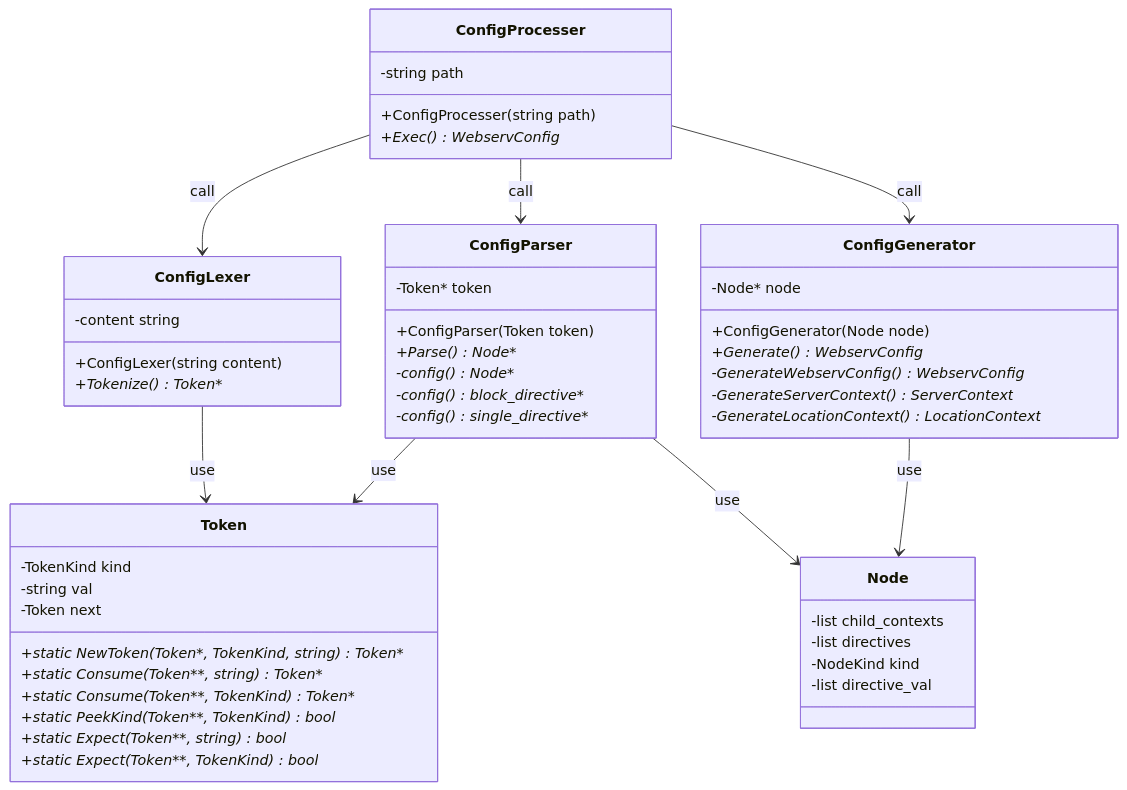
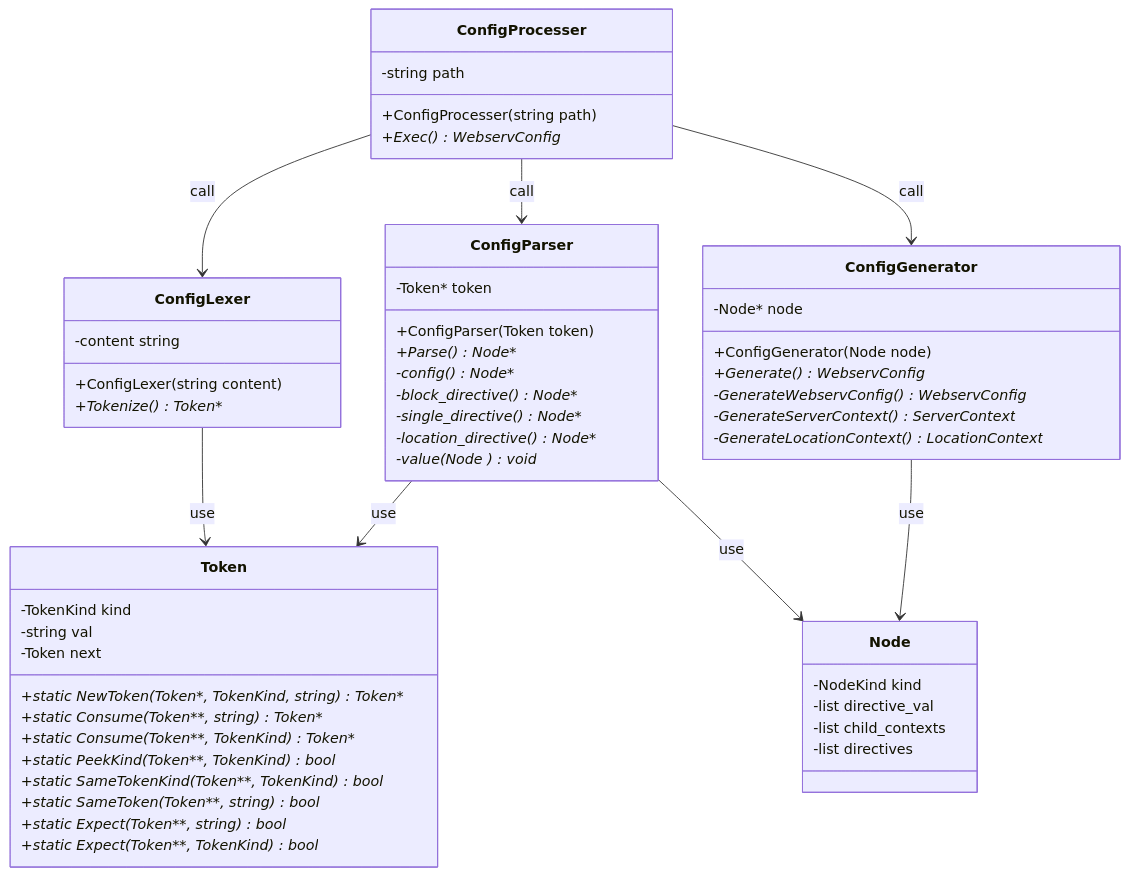
One commit to katataku/webserv changed the diagram in docs/class/config_parser_class.md. Above: the diagram before and after it, drawn with Mermaid. The commit also changed other lines of this file, not shown here.

Commit message:
fix: 擬似コード以外のドキュメントを更新

````diff
--- a/docs/class/config_parser_class.md
+++ b/docs/class/config_parser_class.md
@@ -1,65 +1,69 @@
 ```mermaid
 classDiagram
     ConfigProcesser --> ConfigLexer : call
     ConfigProcesser --> ConfigParser : call
     ConfigProcesser --> ConfigGenerator : call
     ConfigLexer --> Token : use
     ConfigParser --> Token : use
     ConfigParser --> Node : use
     ConfigGenerator --> Node : use
 
     %% configファイルを解釈してWebservConfigを作成するところまでを担当 %%
     class ConfigProcesser {
       +ConfigProcesser(string path)
       +Exec()* WebservConfig
       -string path
     }
 
     %% configファイルの内容を字句解析するところまでを担当 %%
     class ConfigLexer {
       +ConfigLexer(string content)
       +Tokenize()* Token*
       -content string
     }
 
     %% 軸解析後のトークンを構文解析するところまでを担当 %%
     class ConfigParser {
       +ConfigParser(Token token)
       +Parse()* Node*
       -config()* Node*
-      -config()* block_directive*
-      -config()* single_directive*
+      -block_directive()* Node*
+      -single_directive()* Node*
+      -location_directive()* Node*
+      -value(Node *)* void*
       -Token* token
     }
 
     %% 構文解析後のノードを元にWebservConfigを作成するところまでを担当 %%
     class ConfigGenerator {
       +ConfigGenerator(Node node)
       +Generate()* WebservConfig
       -GenerateWebservConfig()* WebservConfig
       -GenerateServerContext()* ServerContext
       -GenerateLocationContext()* LocationContext
       -Node* node
     }
 
     %% 字句解析後のトークンを表すクラス %%
     class Token {
         +static NewToken(Token*, TokenKind, string)* Token*
         +static Consume(Token**, string)* Token*
         +static Consume(Token**, TokenKind)* Token*
         +static PeekKind(Token**, TokenKind)* bool
+        +static SameTokenKind(Token**, TokenKind)* bool
+        +static SameToken(Token**, string)* bool
         +static Expect(Token**, string)* bool
         +static Expect(Token**, TokenKind)* bool
         -TokenKind kind
         -string    val
         -Token     next
     }
 
     %% 構文解析後のノードを表すクラス %%
     class Node {
+      -NodeKind     kind
+      -list<string> directive_val
       -list<Node>   child_contexts
       -list<Node>   directives
-      -NodeKind     kind
-      -list<string> directive_val
     }
 ```
````
